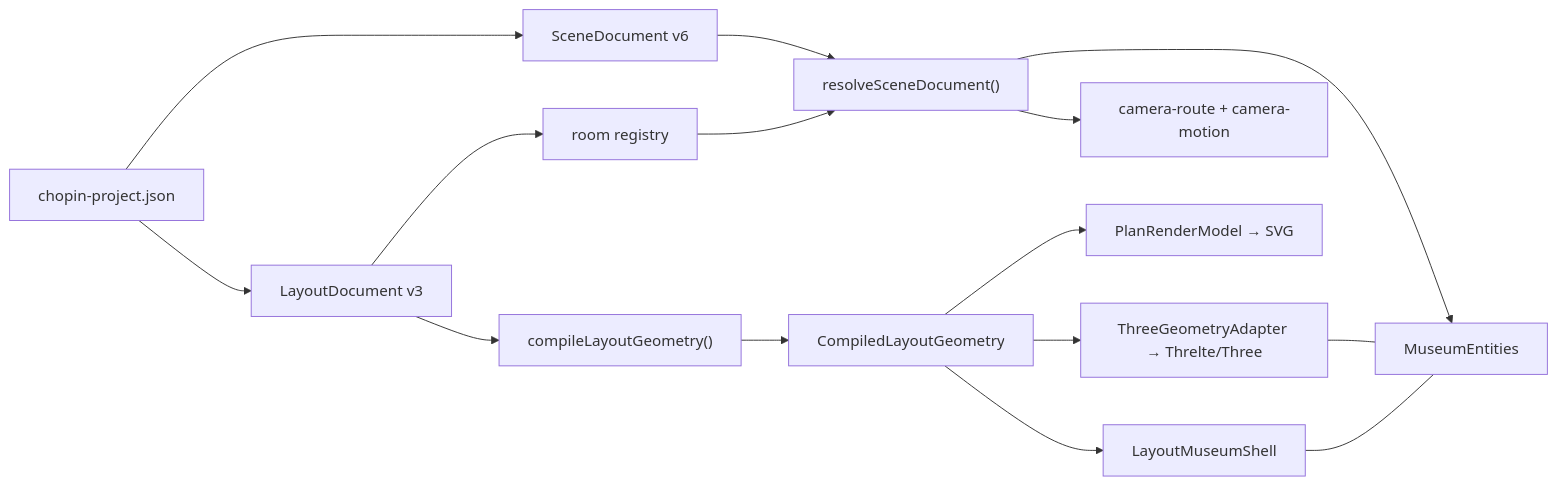
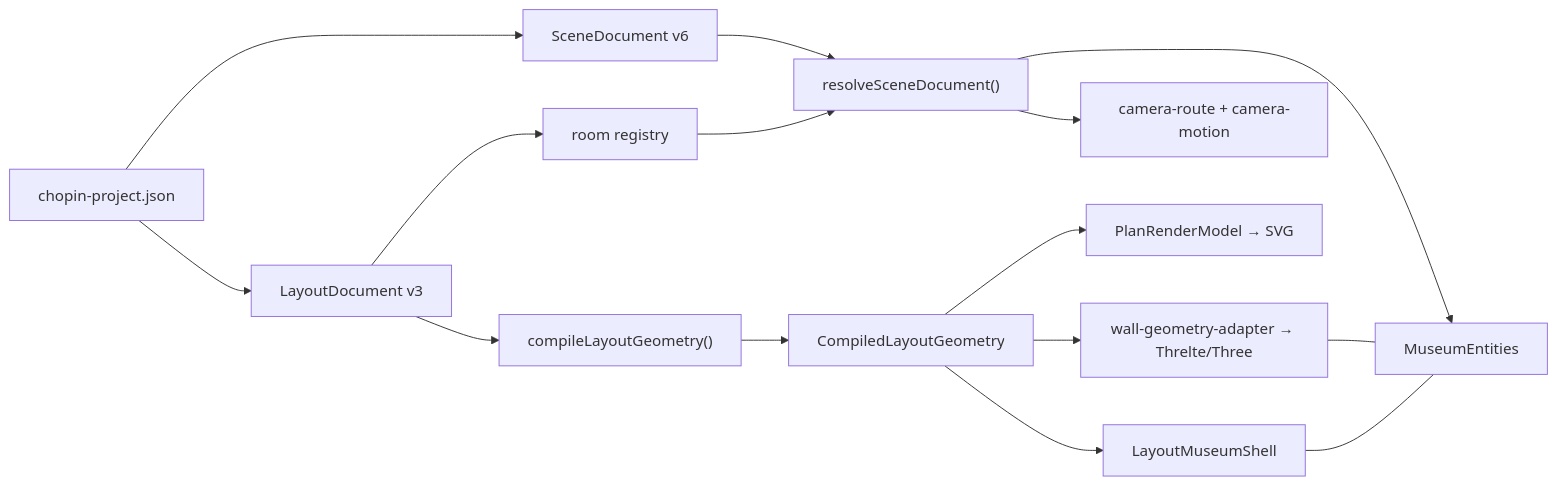
Before and after one commit to toni8699/Museum: the diagram in docs/architecture.md, drawn with Mermaid. The commit also changed other lines of this file and 12 other files, not shown here.

First line of the commit message:
docs: arch + diagrams land, G4 prep

````diff
--- a/docs/architecture.md
+++ b/docs/architecture.md
@@ -30,17 +30,17 @@
 ```mermaid
 flowchart LR
   project["chopin-project.json"] --> layout["LayoutDocument v3"]
   project --> scene["SceneDocument v6"]
   layout --> registry["room registry"]
   layout --> compile["compileLayoutGeometry()"]
   compile --> compiled["CompiledLayoutGeometry"]
   compiled --> shell["LayoutMuseumShell"]
   scene --> resolve["resolveSceneDocument()"]
   registry --> resolve
   resolve --> entities["MuseumEntities"]
   resolve --> motion["camera-route + camera-motion"]
   compiled --> plan["PlanRenderModel → SVG"]
-  compiled --> three["ThreeGeometryAdapter → Threlte/Three"]
+  compiled --> three["wall-geometry-adapter → Threlte/Three"]
   three --- entities
   shell --- entities
 ```
````
